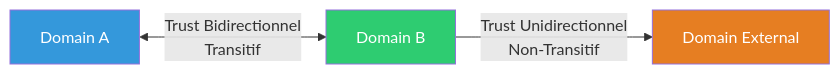
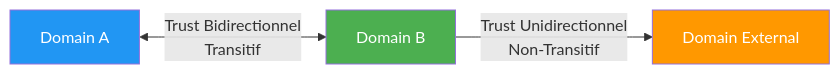
One commit to VBlackJack/ShellBook changed the second of 9 diagrams in docs/windows/windows-mindmaps.md. Above: the diagram before and after it, drawn with Mermaid. The commit also changed other lines of this file and 337 other files, not shown here.

First line of the commit message:
refactor(docs): Standardize code blocks and Mermaid colors

````diff
--- a/docs/windows/windows-mindmaps.md
+++ b/docs/windows/windows-mindmaps.md
@@ -69,9 +69,9 @@
 ```mermaid
 graph LR
     D1[Domain A] <-->|Trust Bidirectionnel<br/>Transitif| D2[Domain B]
     D2 -->|Trust Unidirectionnel<br/>Non-Transitif| D3[Domain External]
 
-    style D1 fill:#3498db,color:#fff
-    style D2 fill:#2ecc71,color:#fff
-    style D3 fill:#e67e22,color:#fff
+    style D1 fill:#2196F3,color:#fff
+    style D2 fill:#4CAF50,color:#fff
+    style D3 fill:#FF9800,color:#fff
 ```
````
